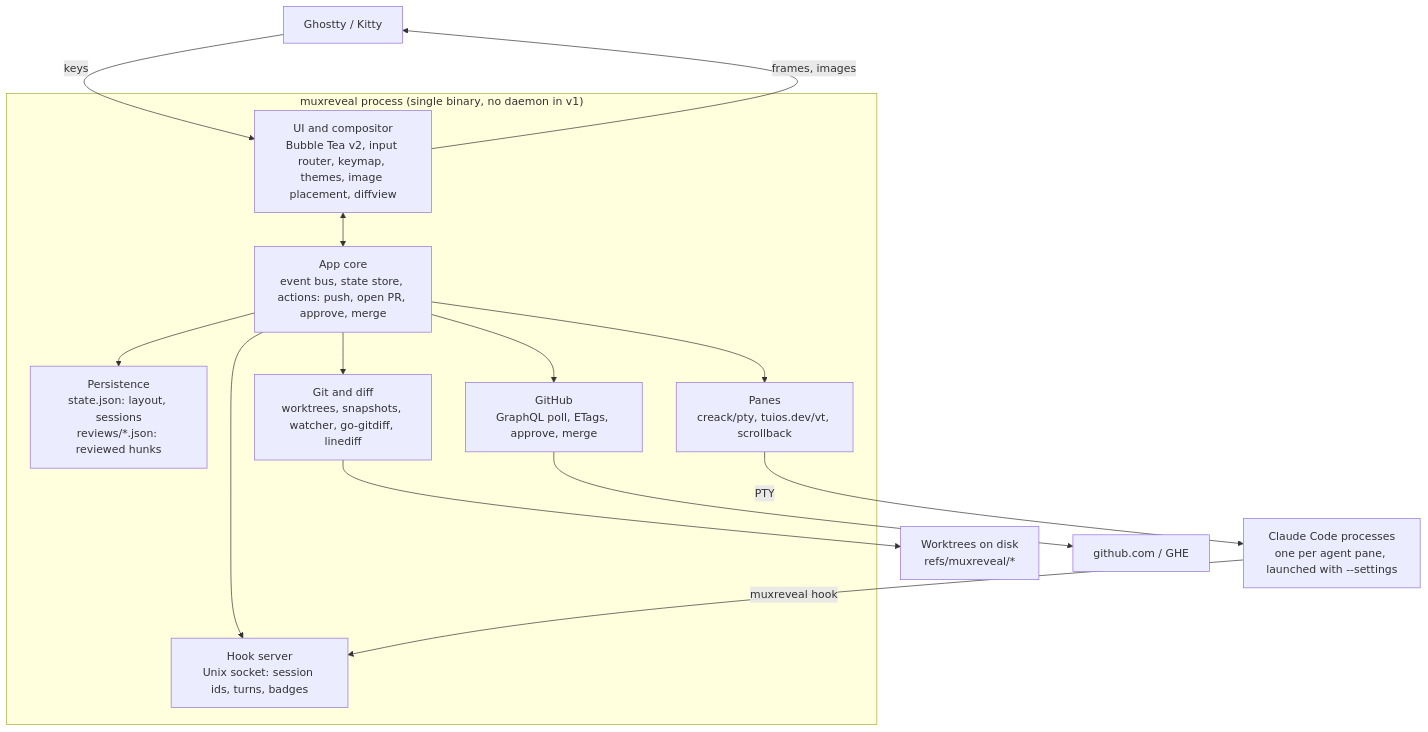
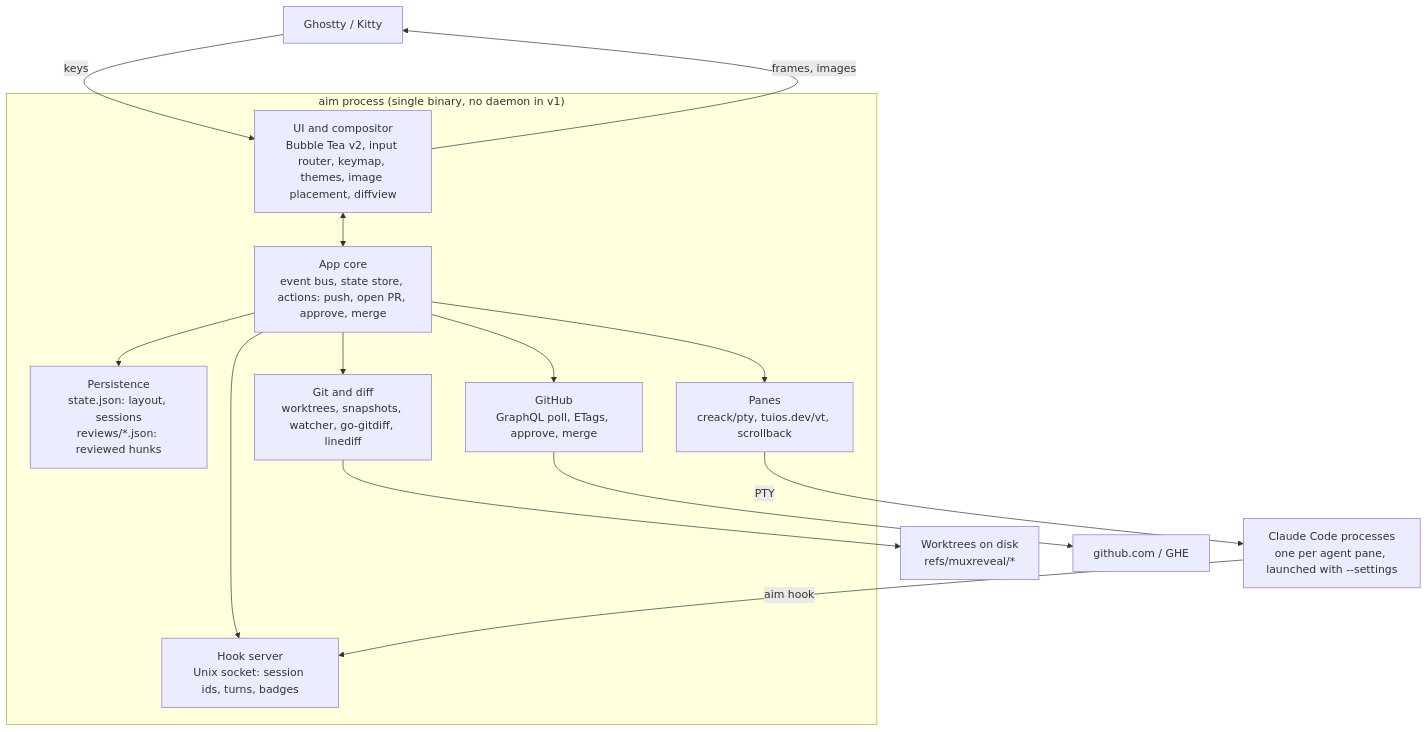
The diagram in docs/DESIGN.md (mhersson/muxreveal), drawn with Mermaid before and after one commit. The commit also changed other lines of this file and 27 other files, not shown here.

First line of the commit message:
chore(cmd): build the binary as aim from cmd/aim

````diff
--- a/docs/DESIGN.md
+++ b/docs/DESIGN.md
@@ -160,29 +160,29 @@
 ```mermaid
 flowchart TB
   term["Ghostty / Kitty"]
-  subgraph proc["muxreveal process (single binary, no daemon in v1)"]
+  subgraph proc["aim process (single binary, no daemon in v1)"]
     ui["UI and compositor<br/>Bubble Tea v2, input router, keymap, themes, image placement, diffview"]
     core["App core<br/>event bus, state store, actions: push, open PR, approve, merge"]
     store["Persistence<br/>state.json: layout, sessions<br/>reviews/*.json: reviewed hunks"]
     panes["Panes<br/>creack/pty, tuios.dev/vt, scrollback"]
     hooks["Hook server<br/>Unix socket: session ids, turns, badges"]
     git["Git and diff<br/>worktrees, snapshots, watcher, go-gitdiff, linediff"]
     gh["GitHub<br/>GraphQL poll, ETags, approve, merge"]
   end
   claude["Claude Code processes<br/>one per agent pane, launched with --settings"]
   wt["Worktrees on disk<br/>refs/muxreveal/*"]
   api["github.com / GHE"]
 
   term -- keys --> ui
   ui -- frames, images --> term
   ui <--> core
   core --> store
   core --> panes
   core --> hooks
   core --> git
   core --> gh
   panes -- PTY --> claude
-  claude -- muxreveal hook --> hooks
+  claude -- aim hook --> hooks
   git --> wt
   gh --> api
 ```
````
